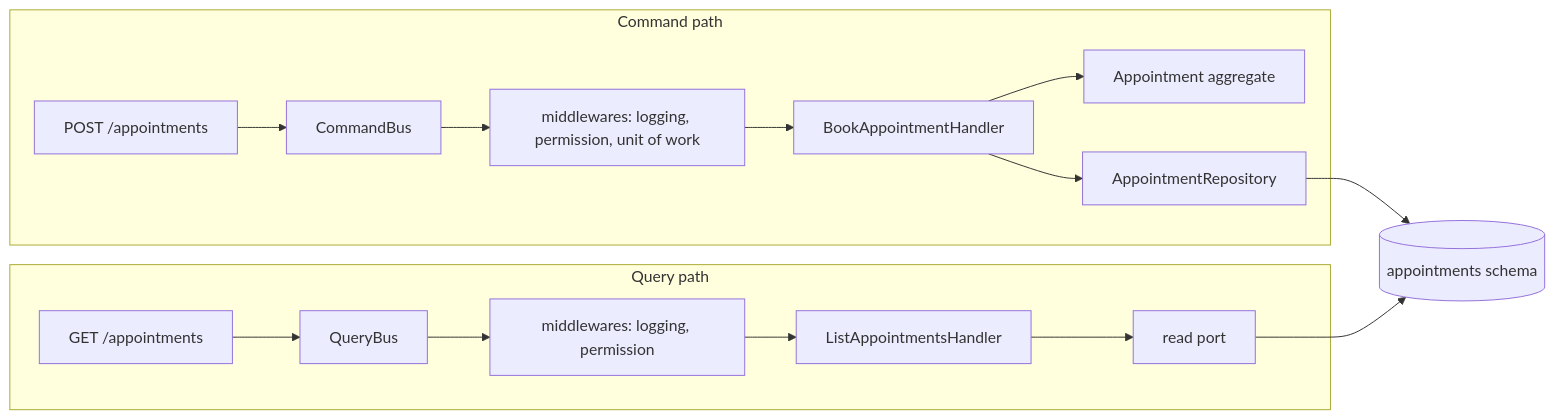
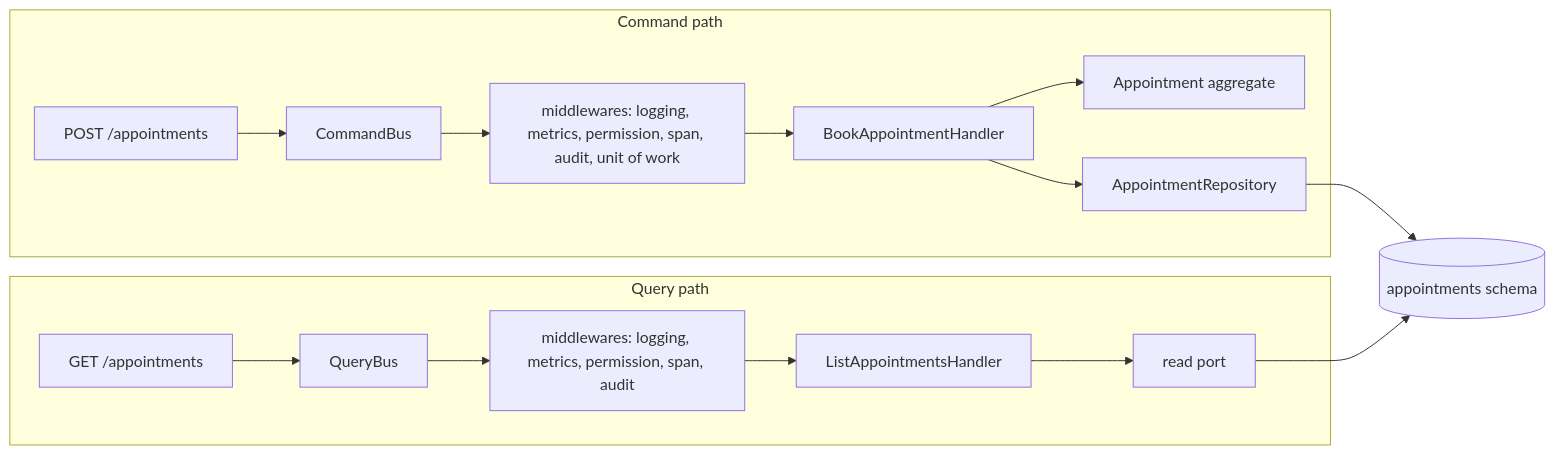
Before and after one commit to gbourgeat/ddd-ts-kit: the diagram in docs/concepts/cqrs.md, drawn with Mermaid. The commit also changed other lines of this file and 91 other files, not shown here.

````diff
--- a/docs/concepts/cqrs.md
+++ b/docs/concepts/cqrs.md
@@ -35,18 +35,18 @@
 ```mermaid
 flowchart LR
   subgraph write [Command path]
     R1[POST /appointments] --> CB[CommandBus]
-    CB --> MW[middlewares: logging, permission, unit of work]
+    CB --> MW[middlewares: logging, metrics, permission, span, audit, unit of work]
     MW --> H1[BookAppointmentHandler]
     H1 --> AG[Appointment aggregate]
     H1 --> RP[AppointmentRepository]
   end
   subgraph read [Query path]
     R2[GET /appointments] --> QB[QueryBus]
-    QB --> MW2[middlewares: logging, permission]
+    QB --> MW2[middlewares: logging, metrics, permission, span, audit]
     MW2 --> H2[ListAppointmentsHandler]
     H2 --> RD[read port]
   end
   RP --> DB[(appointments schema)]
   RD --> DB
 ```
````
